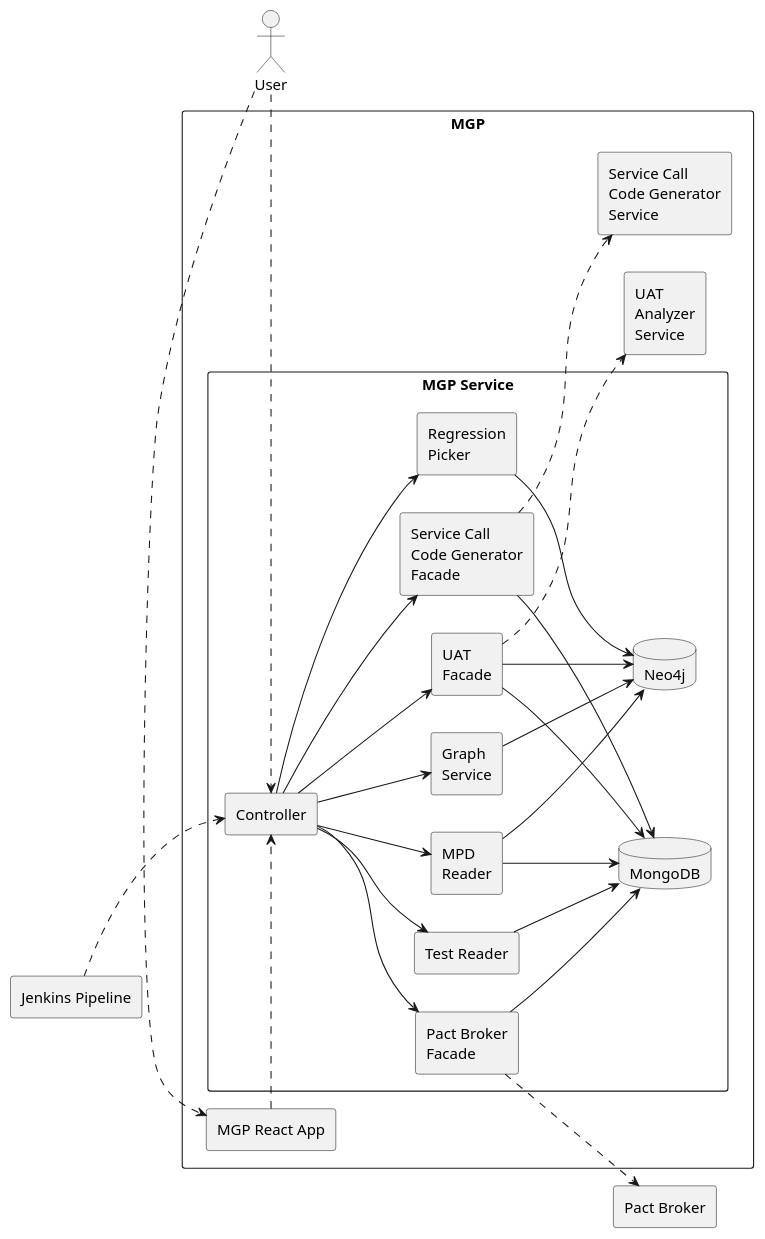
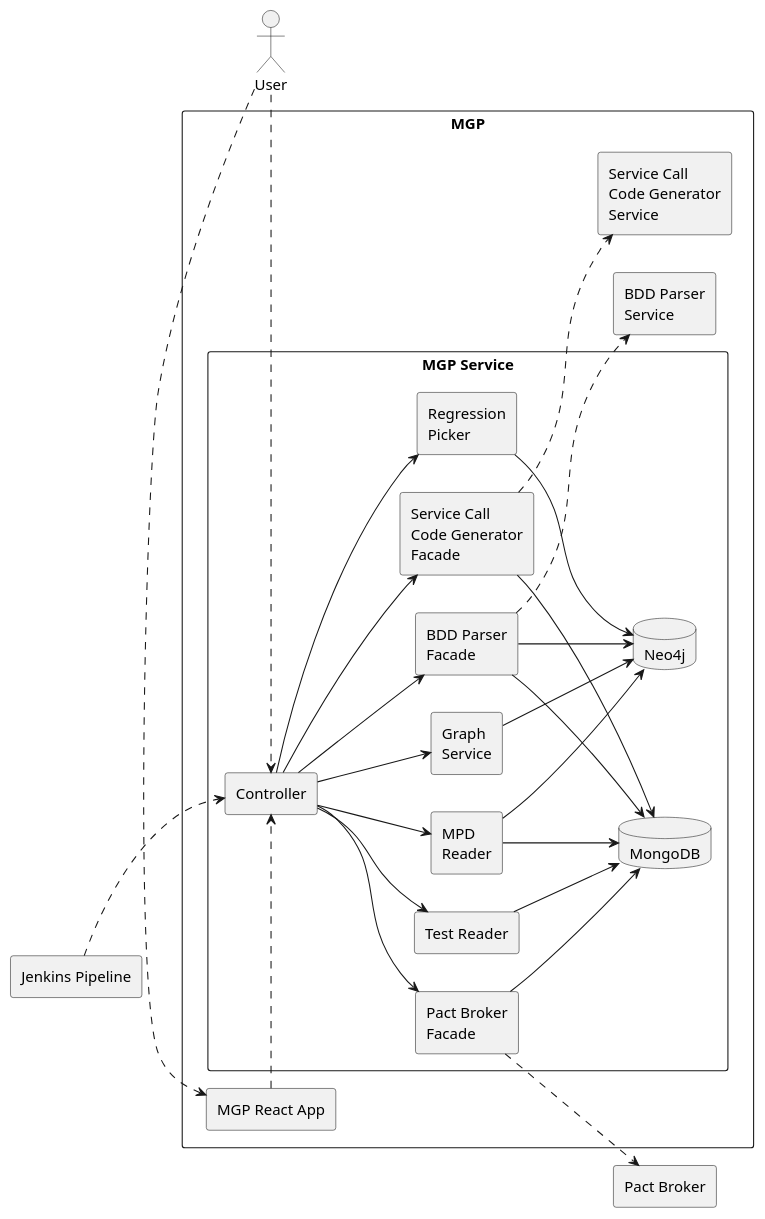
The diagram in diagram/mgp.puml (b4456609/mgp-back), drawn with PlantUML before and after one commit. The commit also changed 4 other files, not shown here.

Commit message:
update diagram

```diff
--- a/diagram/mgp.puml
+++ b/diagram/mgp.puml
@@ -1,59 +1,59 @@
 @startuml
 left to right direction
 actor User as user
 rectangle "Jenkins Pipeline" as jp
 rectangle "Pact Broker" as pb
 
 rectangle "MGP" {
 rectangle "Service Call\nCode Generator\nService" as cg
-    rectangle "UAT\nAnalyzer\nService" as ua
+    rectangle "BDD Parser\nService" as ua
 	rectangle "MGP React App" as react
 
 
     rectangle "MGP Service" as mgp {
         rectangle "Controller" as con
         rectangle "Regression\nPicker" as rp
         rectangle "Graph\nService" as gs
         rectangle "MPD\nReader" as mr
         rectangle "Service Call\nCode Generator\nFacade" as cgf
-        rectangle "UAT\nFacade" as uf
+        rectangle "BDD Parser\nFacade" as uf
         rectangle "Pact Broker\nFacade" as pbf
         rectangle "Test Reader" as tr
         database Neo4j as neo
         database MongoDB as mon
     }
 
     react .> con
 
     con -d-> rp
     con -d-> gs
     con -d-> mr
     con -d-> cgf
     con -d-> uf
     con -d-> pbf
     con -d-> tr
 
     rp -d-> neo
     gs -d-> neo
     mr -d-> neo
     uf -d-> neo
 
     mr -d-> mon
     cgf -d-> mon
     uf -d-> mon
     pbf -d-> mon
     tr -d-> mon
 }
 
 jp .d.> con
 jp .[hidden].> react
 user .> con
 user .> react
 cgf .> cg
 uf .> ua
 pbf .> pb
 
 neo -[hidden]> cg
 neo -[hidden]> ua
 neo -[hidden]> pb
 @enduml
```
